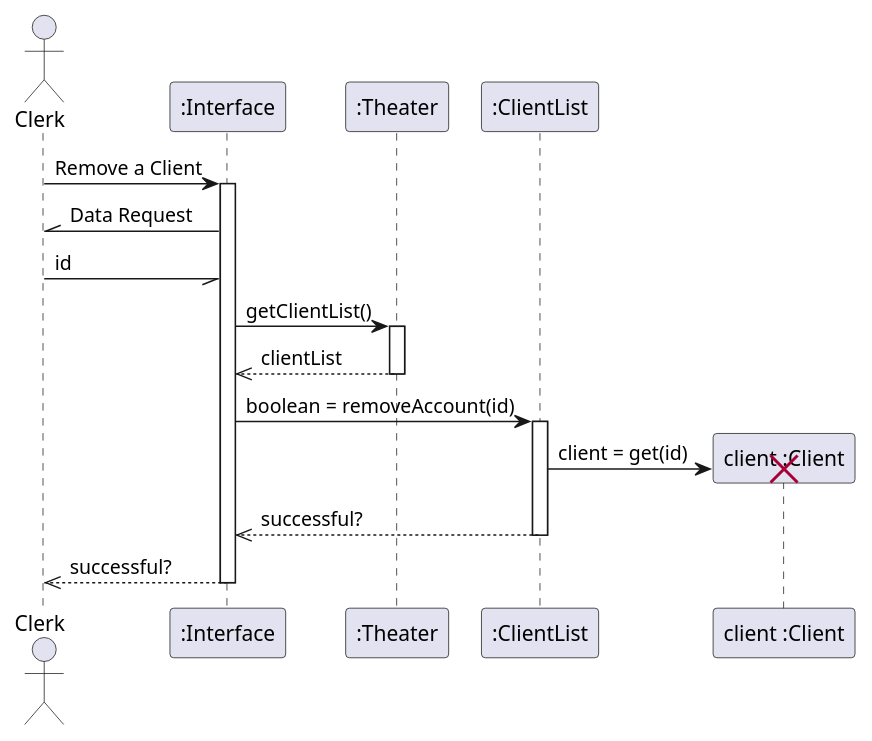
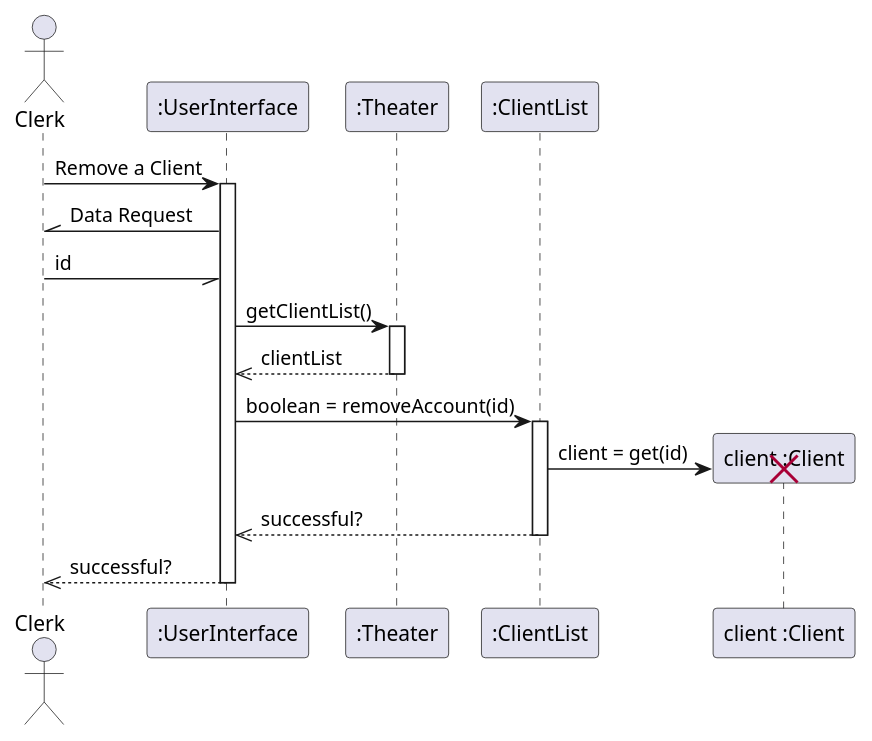
Before and after one commit to FreezeWarp/372Groupwork: the diagram in src/SequenceDiagrams/RemoveClient.pu, drawn with PlantUML. The commit also changed 17 other files, not shown here.

First line of the commit message:
Rename Interface to UserInterface

```diff
--- a/src/SequenceDiagrams/RemoveClient.pu
+++ b/src/SequenceDiagrams/RemoveClient.pu
@@ -1,23 +1,23 @@
 @startuml
 
 actor Clerk
 
-Clerk -> ":Interface" : Remove a Client
-activate ":Interface"
-Clerk //- ":Interface": Data Request
-Clerk -// ":Interface": id
+Clerk -> ":UserInterface" : Remove a Client
+activate ":UserInterface"
+Clerk //- ":UserInterface": Data Request
+Clerk -// ":UserInterface": id
 
-":Interface" -> ":Theater" : getClientList()
+":UserInterface" -> ":Theater" : getClientList()
 activate ":Theater"
-":Theater" -->> ":Interface": clientList
+":Theater" -->> ":UserInterface": clientList
 deactivate ":Theater"
-":Interface" -> ":ClientList": boolean = removeAccount(id)
+":UserInterface" -> ":ClientList": boolean = removeAccount(id)
 activate ":ClientList"
 create "client :Client"
 ":ClientList" -> "client :Client": client = get(id)
 destroy "client :Client"
-":ClientList" -->> ":Interface": successful?
+":ClientList" -->> ":UserInterface": successful?
 deactivate ":ClientList"
-":Interface" -->> Clerk: successful?
-deactivate ":Interface"
+":UserInterface" -->> Clerk: successful?
+deactivate ":UserInterface"
 @enduml
```
